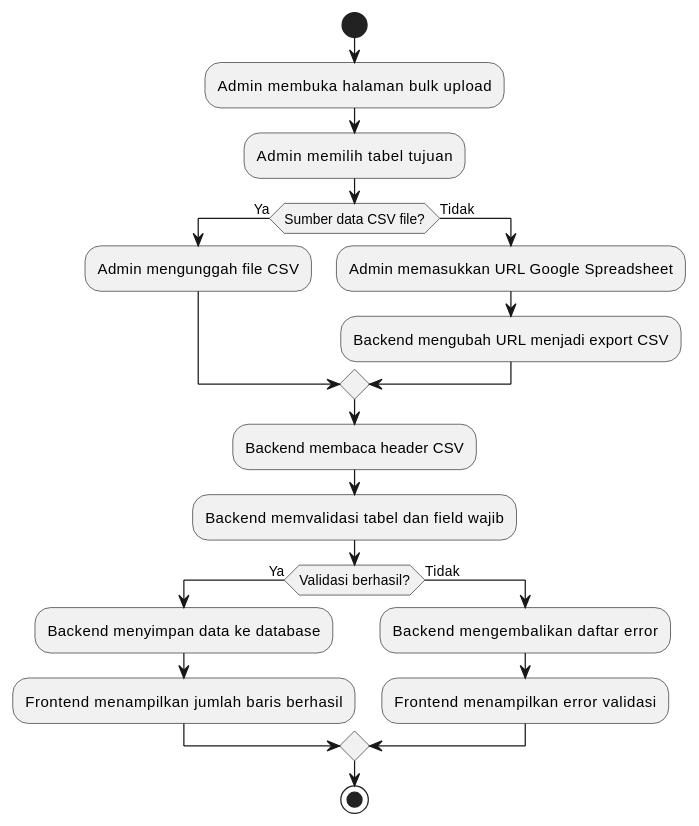
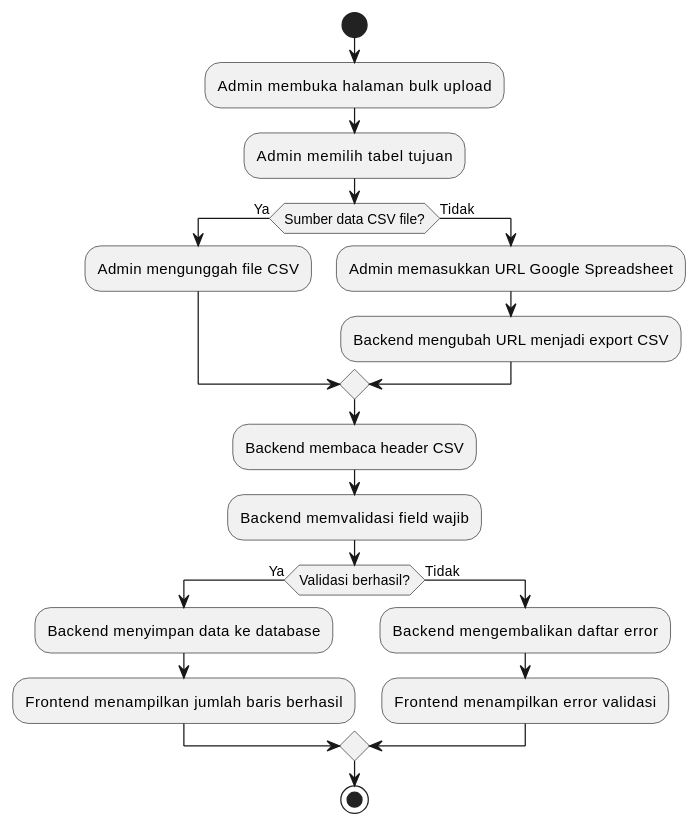
Before and after one commit to sudrajathadi/service-antrik-main: the sixth of 7 diagrams in LAPORAN_KKP_CHATBOT_ANTRIK.md, drawn with PlantUML. The commit also changed other lines of this file and 19 other files, not shown here.

````diff
--- a/LAPORAN_KKP_CHATBOT_ANTRIK.md
+++ b/LAPORAN_KKP_CHATBOT_ANTRIK.md
@@ -1288,26 +1198,26 @@
 ```plantuml
 @startuml
 start
 :Admin membuka halaman bulk upload;
 :Admin memilih tabel tujuan;
 
 if (Sumber data CSV file?) then (Ya)
   :Admin mengunggah file CSV;
 else (Tidak)
   :Admin memasukkan URL Google Spreadsheet;
   :Backend mengubah URL menjadi export CSV;
 endif
 
 :Backend membaca header CSV;
-:Backend memvalidasi tabel dan field wajib;
+:Backend memvalidasi field wajib;
 
 if (Validasi berhasil?) then (Ya)
   :Backend menyimpan data ke database;
   :Frontend menampilkan jumlah baris berhasil;
 else (Tidak)
   :Backend mengembalikan daftar error;
   :Frontend menampilkan error validasi;
 endif
 stop
 @enduml
 ```
````
